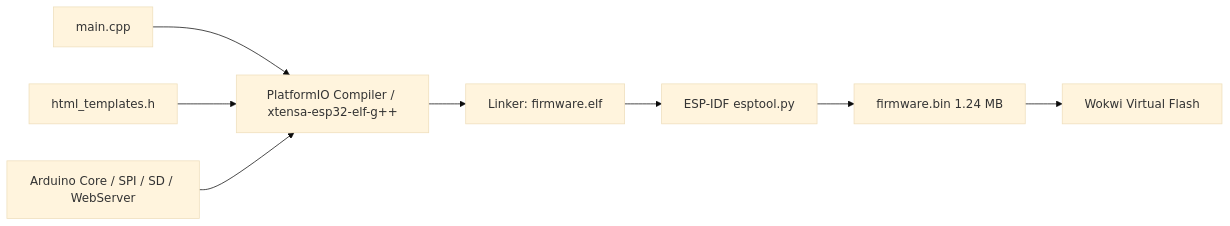
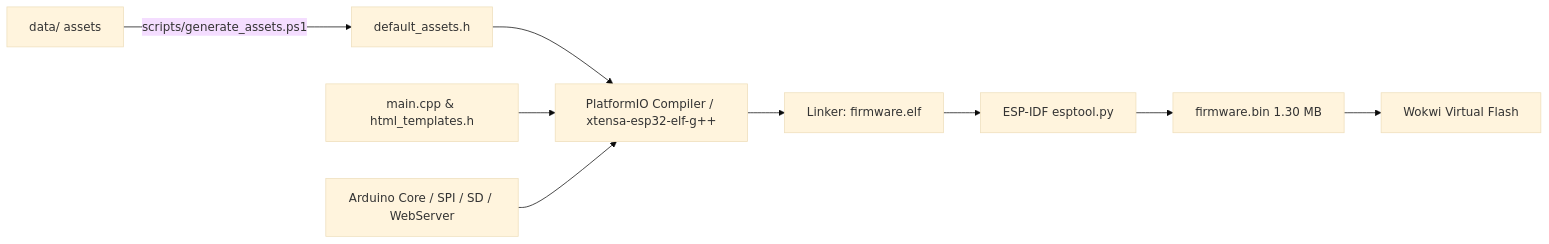
Before and after one commit to b1tranger/Microprocessor_Assembly_Lab: the first of 3 diagrams in Project.MM/PRESENTATION_GUIDE.md, drawn with Mermaid (base theme). The commit also changed other lines of this file and 16 other files, not shown here.

````diff
--- a/Project.MM/PRESENTATION_GUIDE.md
+++ b/Project.MM/PRESENTATION_GUIDE.md
@@ -199,10 +225,11 @@
 ```mermaid
 flowchart LR
-    A[main.cpp] --> C[PlatformIO Compiler / xtensa-esp32-elf-g++]
-    B[html_templates.h] --> C
-    D[Arduino Core / SPI / SD / WebServer] --> C
-    C --> E[Linker: firmware.elf]
-    E --> F[ESP-IDF esptool.py]
-    F --> G[firmware.bin 1.24 MB]
-    G --> H[Wokwi Virtual Flash]
+    A[data/ assets] -->|scripts/generate_assets.ps1| B[default_assets.h]
+    B --> C[PlatformIO Compiler / xtensa-esp32-elf-g++]
+    D[main.cpp & html_templates.h] --> C
+    E[Arduino Core / SPI / SD / WebServer] --> C
+    C --> F[Linker: firmware.elf]
+    F --> G[ESP-IDF esptool.py]
+    G --> H[firmware.bin 1.30 MB]
+    H --> I[Wokwi Virtual Flash]
 ```
````
